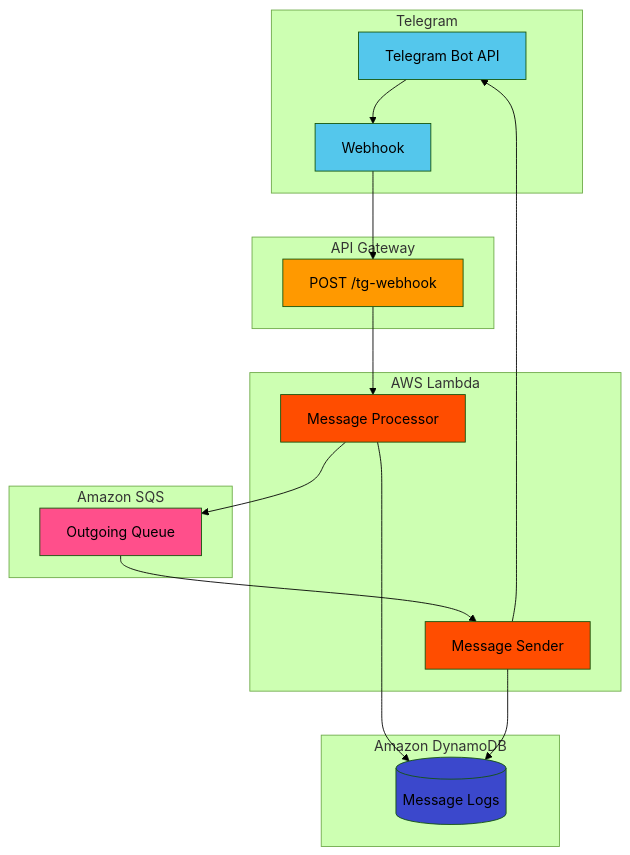
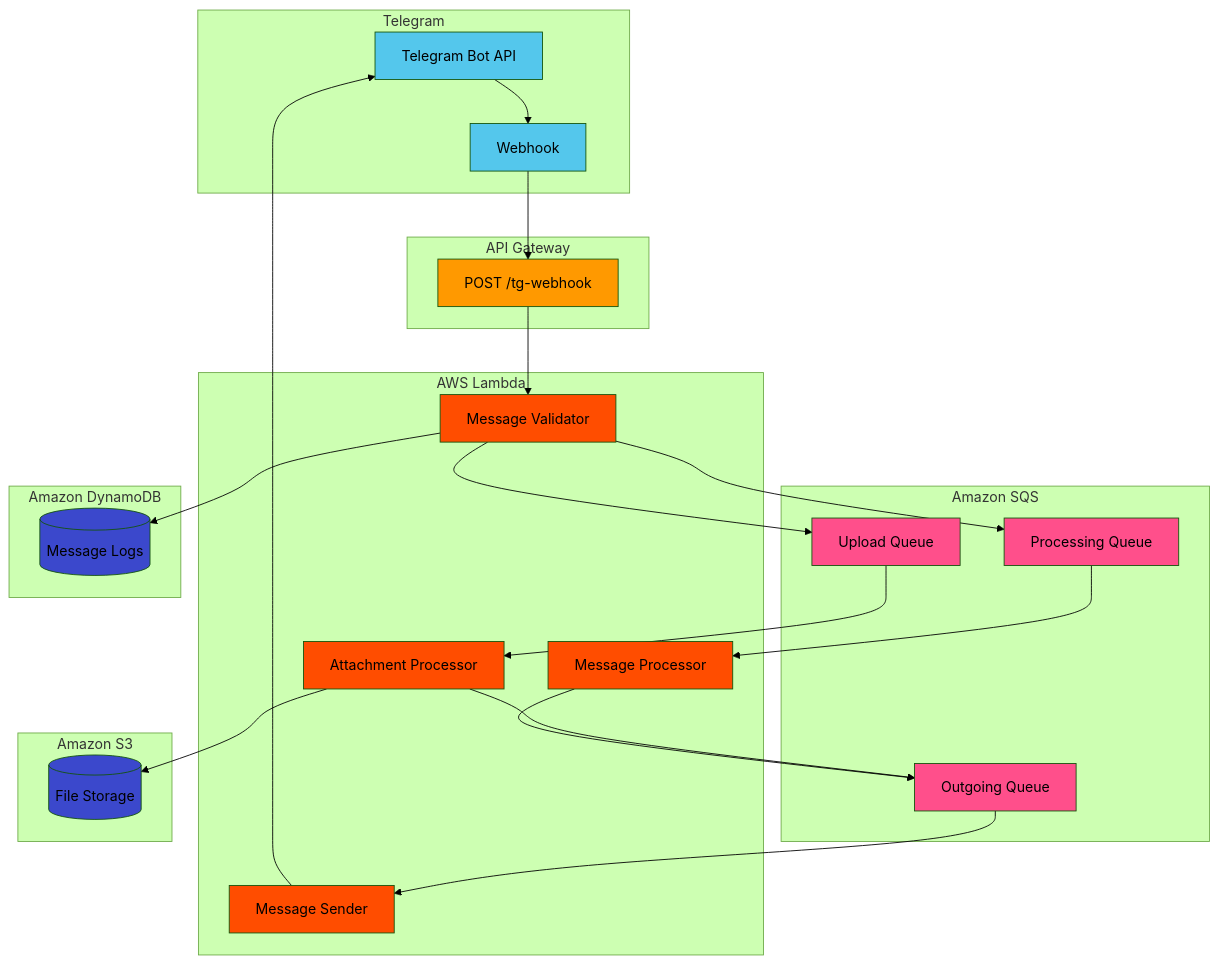
The diagram in README.md (dmgritsan/aws-serverless-tg-bot), drawn with Mermaid (forest theme) before and after one commit. The commit also changed other lines of this file and 6 other files, not shown here.

Commit message:
Telegram messages attachment processing

````diff
--- a/README.md
+++ b/README.md
@@ -6,33 +6,50 @@
 ```mermaid
 graph TD
     subgraph Telegram["Telegram"]
         A[Telegram Bot API] --> B[Webhook]
         style A fill:#54C7EC
         style B fill:#54C7EC
     end
     subgraph APIGateway["API Gateway"]
         C[POST /tg-webhook]
         style C fill:#FF9900
     end
     subgraph Lambda["AWS Lambda"]
-        D[Message Processor]
+        D[Message Validator]
+        E[Message Processor]
         F[Message Sender]
+        H[Attachment Processor]
         style D fill:#FF4D00
+        style E fill:#FF4D00
         style F fill:#FF4D00
+        style H fill:#FF4D00
     end
     subgraph Queue["Amazon SQS"]
-        E[Outgoing Queue]
-        style E fill:#FF4F8B
+        I[Upload Queue]
+        J[Processing Queue]
+        K[Outgoing Queue]
+        style I fill:#FF4F8B
+        style J fill:#FF4F8B
+        style K fill:#FF4F8B
+    end
+    subgraph Storage["Amazon S3"]
+        L[(File Storage)]
+        style L fill:#3B48CC
     end
     subgraph Database["Amazon DynamoDB"]
         G[(Message Logs)]
         style G fill:#3B48CC
     end
     B --> C
     C --> D
-    D --> E
+    D --> I
+    D --> J
     D --> G
-    E --> F
-    F --> G
+    I --> H
+    H --> L
+    H --> K
+    J --> E
+    E --> K
+    K --> F
     F --> A
 ```
````
